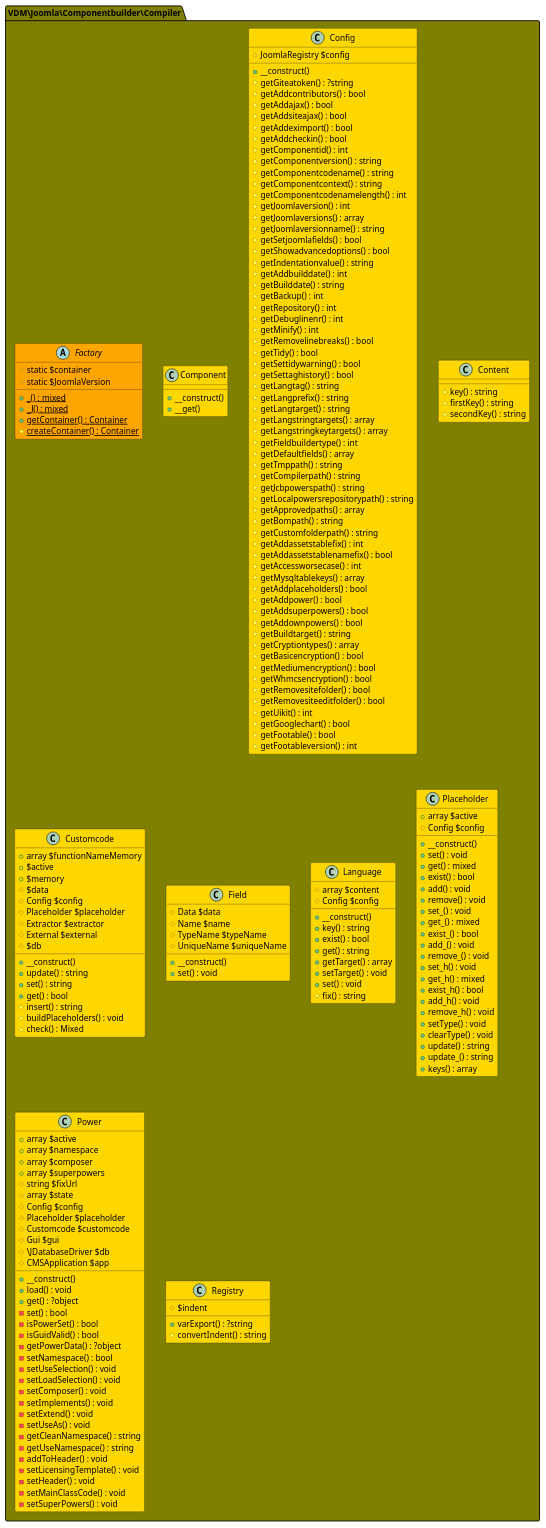
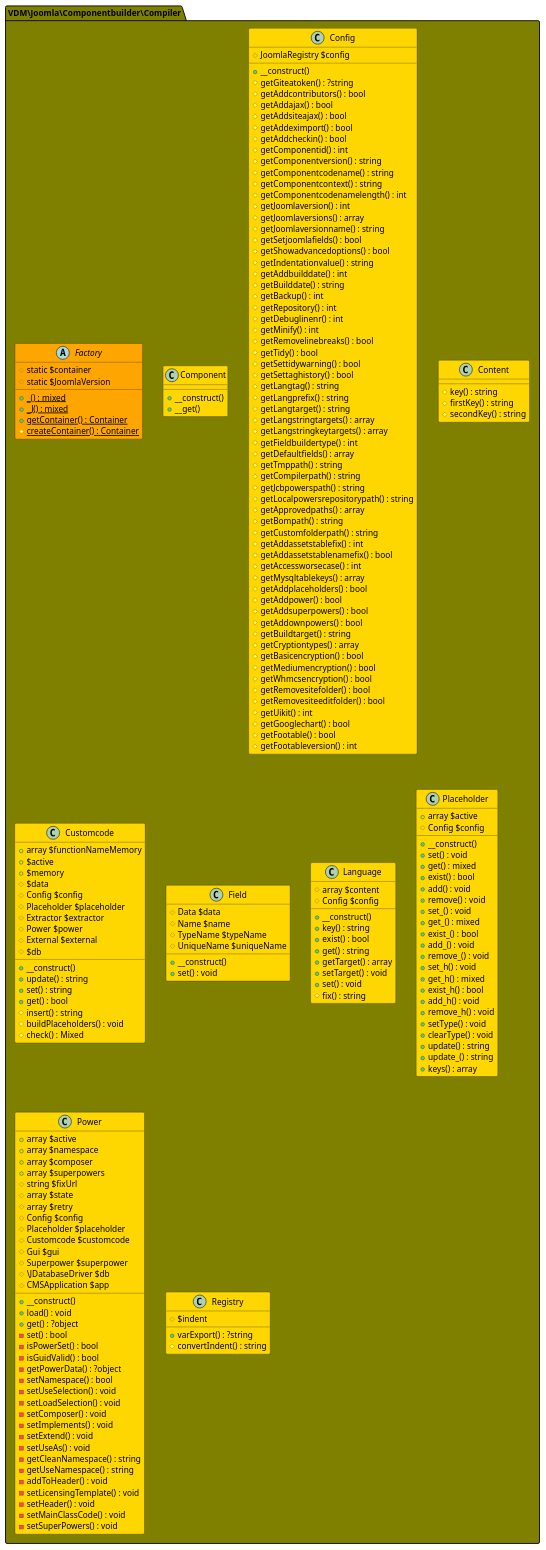
The first of 34 diagrams in README.md (joomengine/jcb-compiler), drawn with PlantUML before and after one commit. The commit also changed other lines of this file and 65 other files, not shown here.

```diff
--- a/README.md
+++ b/README.md
@@ -346,6 +354,7 @@
     # Config $config
     # Placeholder $placeholder
     # Extractor $extractor
+    # Power $power
     # External $external
     # $db
     + __construct()
@@ -412,10 +421,12 @@
     + array $superpowers
     # string $fixUrl
     # array $state
+    # array $retry
     # Config $config
     # Placeholder $placeholder
     # Customcode $customcode
     # Gui $gui
+    # Superpower $superpower
     # \JDatabaseDriver $db
     # CMSApplication $app
     + __construct()
```
